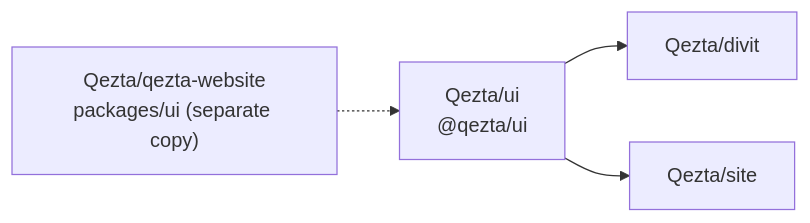
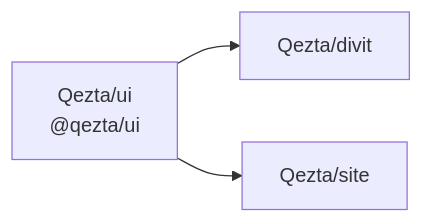
One commit to Qezta/ui changed the diagram in README.md. Above: the diagram before and after it, drawn with Mermaid. The commit also changed other lines of this file and 2 other files, not shown here.

First line of the commit message:
fix(source-link): stop pointing at the archived qezta-website repo

````diff
--- a/README.md
+++ b/README.md
@@ -57,6 +57,5 @@
 ```mermaid
 flowchart LR
   ui["Qezta/ui<br/>@qezta/ui"] --> divit["Qezta/divit"]
   ui --> site["Qezta/site"]
-  copy["Qezta/qezta-website<br/>packages/ui (separate copy)"] -.-> ui
 ```
````
